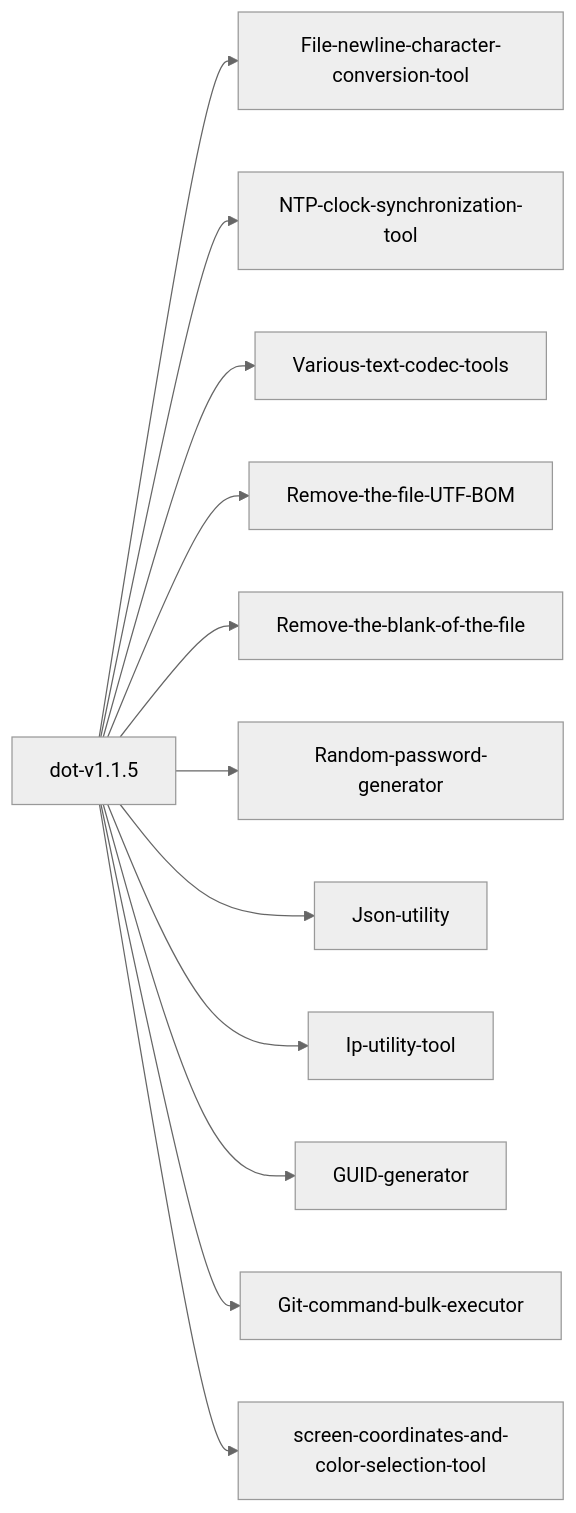
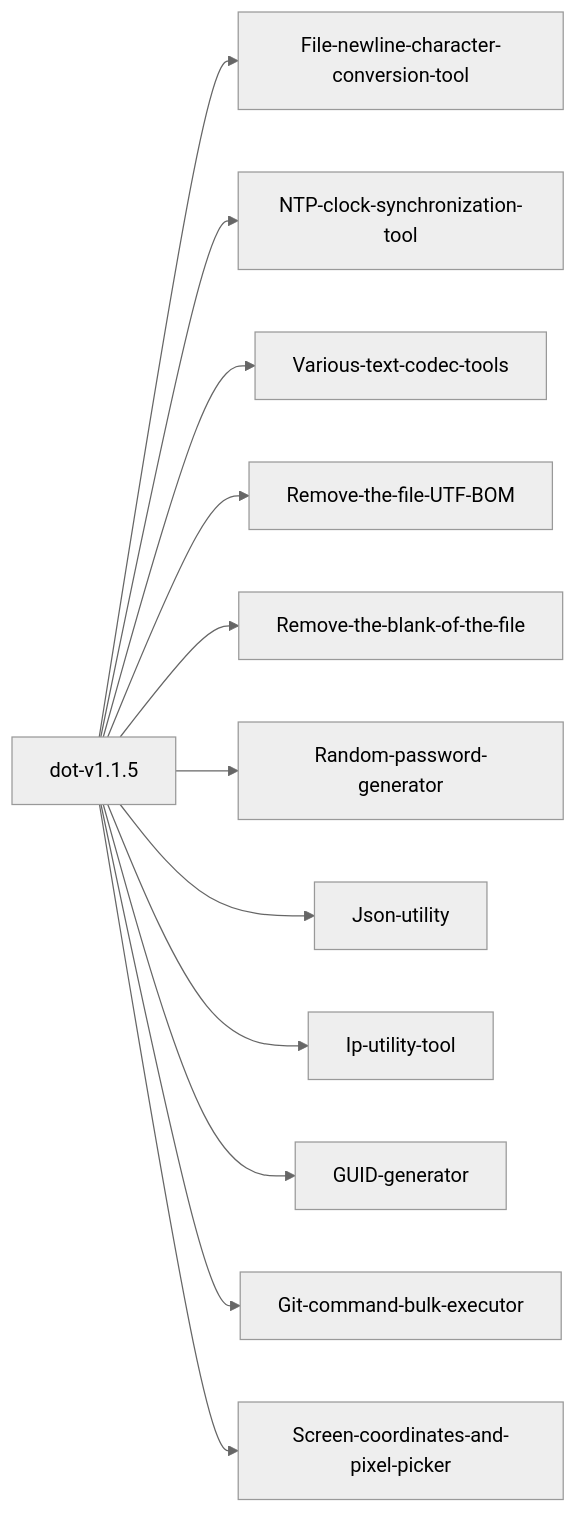
Before and after one commit to nsnail/dot: the diagram in README.md, drawn with Mermaid (neutral theme). The commit also changed 1 other file, not shown here.

````diff
--- a/README.md
+++ b/README.md
@@ -5,14 +5,14 @@
 ```mermaid
 graph LR;
 dot-v1.1.5-->File-newline-character-conversion-tool
 dot-v1.1.5-->NTP-clock-synchronization-tool
 dot-v1.1.5-->Various-text-codec-tools
 dot-v1.1.5-->Remove-the-file-UTF-BOM
 dot-v1.1.5-->Remove-the-blank-of-the-file
 dot-v1.1.5-->Random-password-generator
 dot-v1.1.5-->Json-utility
 dot-v1.1.5-->Ip-utility-tool
 dot-v1.1.5-->GUID-generator
 dot-v1.1.5-->Git-command-bulk-executor
-dot-v1.1.5-->screen-coordinates-and-color-selection-tool
+dot-v1.1.5-->Screen-coordinates-and-pixel-picker
 ```
````
